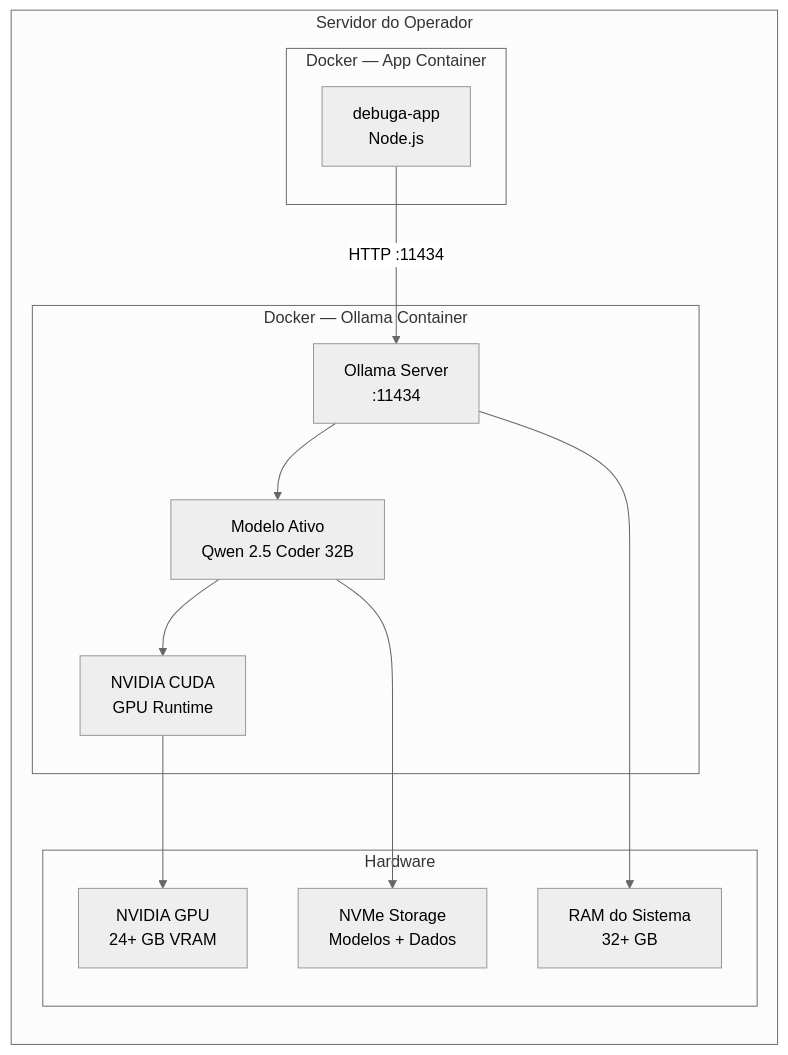
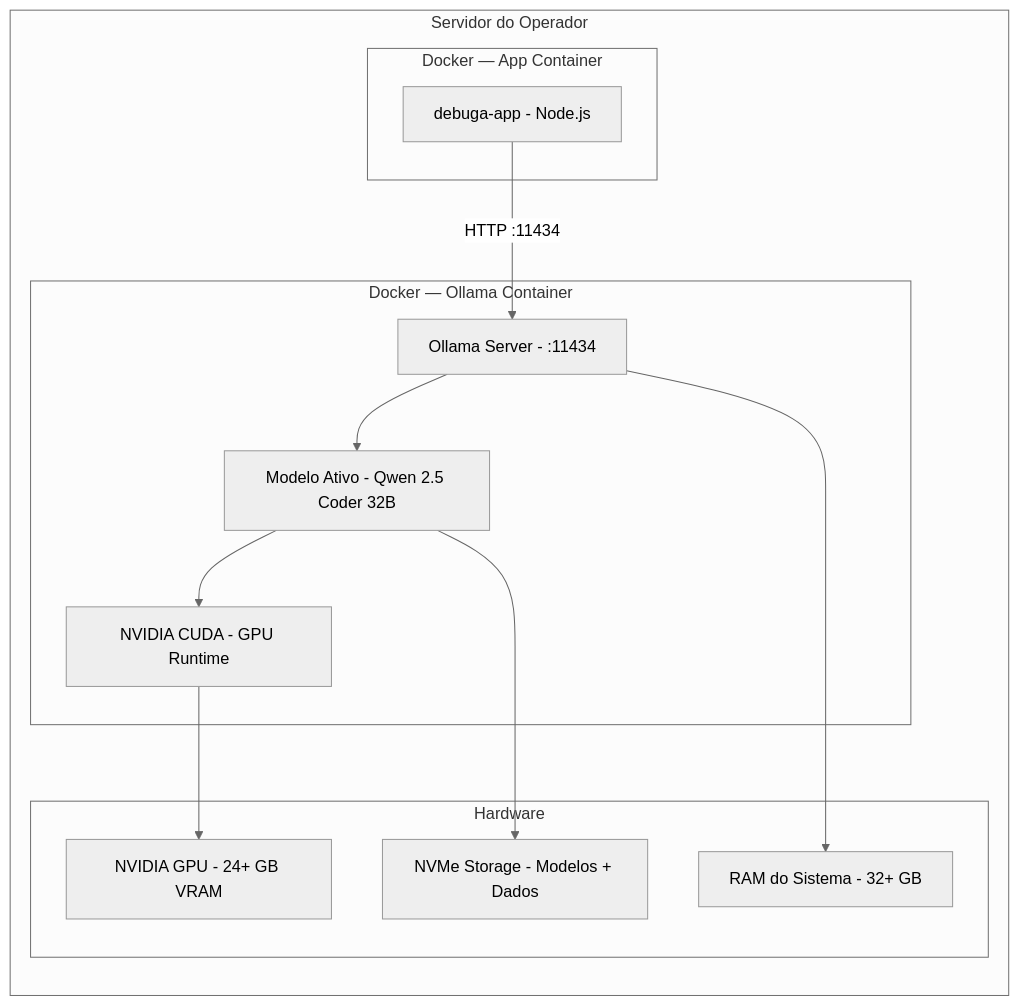
Before and after one commit to SperryTecnologia/debuga-ai: the sixth of 11 diagrams in docs/ARCHITECTURE_PTBR.md, drawn with Mermaid (neutral theme). The commit also changed other lines of this file and 213 other files, not shown here.

````diff
--- a/docs/ARCHITECTURE_PTBR.md
+++ b/docs/ARCHITECTURE_PTBR.md
@@ -280,25 +280,25 @@
 ```mermaid
 graph LR
     subgraph "Servidor do Operador"
         subgraph "Docker — Ollama Container"
-            OLLAMA2[Ollama Server<br/>:11434]
-            MODEL[Modelo Ativo<br/>Qwen 2.5 Coder 32B]
-            CUDA[NVIDIA CUDA<br/>GPU Runtime]
+            OLLAMA2[Ollama Server - :11434]
+            MODEL[Modelo Ativo - Qwen 2.5 Coder 32B]
+            CUDA[NVIDIA CUDA - GPU Runtime]
         end
         subgraph "Docker — App Container"
-            APP[debuga-app<br/>Node.js]
+            APP[debuga-app - Node.js]
         end
         subgraph "Hardware"
-            GPU2[NVIDIA GPU<br/>24+ GB VRAM]
-            RAM2[RAM do Sistema<br/>32+ GB]
-            NVME[NVMe Storage<br/>Modelos + Dados]
+            GPU2[NVIDIA GPU - 24+ GB VRAM]
+            RAM2[RAM do Sistema - 32+ GB]
+            NVME[NVMe Storage - Modelos + Dados]
         end
     end
 
     APP -->|HTTP :11434| OLLAMA2
     OLLAMA2 --> MODEL
     MODEL --> CUDA
     CUDA --> GPU2
     OLLAMA2 --> RAM2
     MODEL --> NVME
 ```
````
